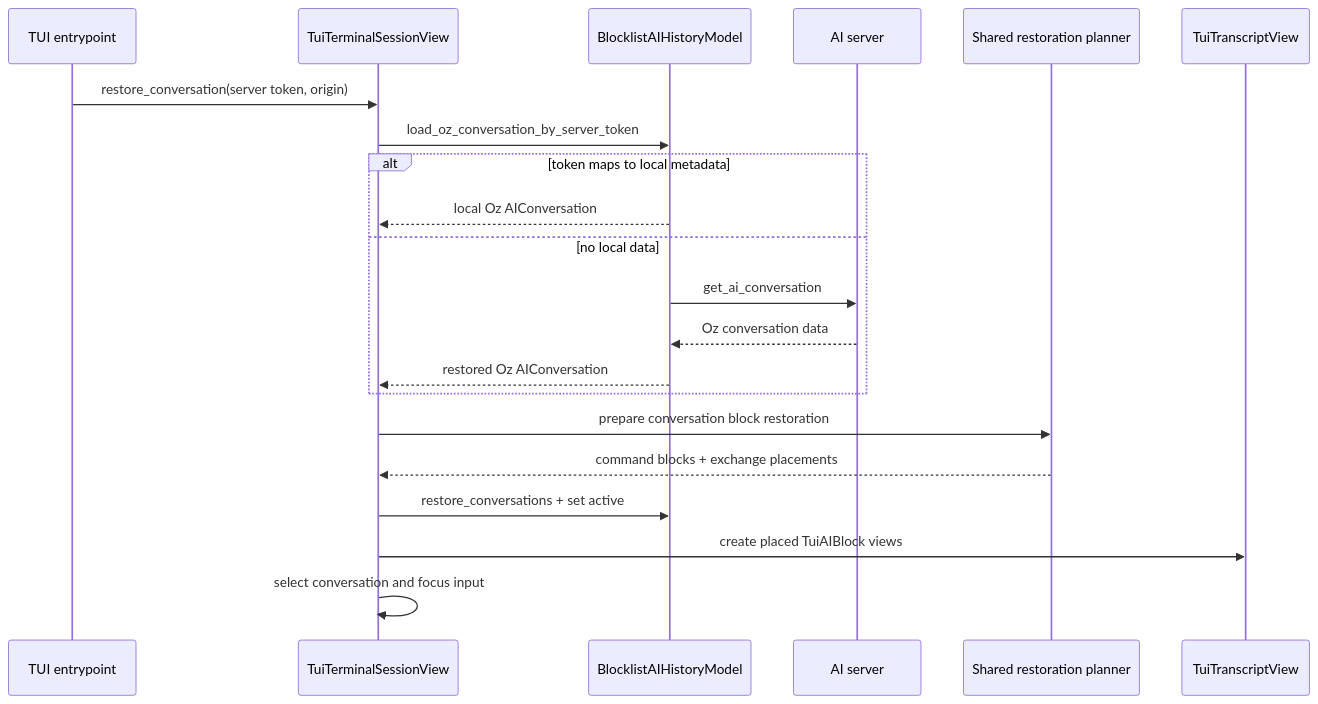
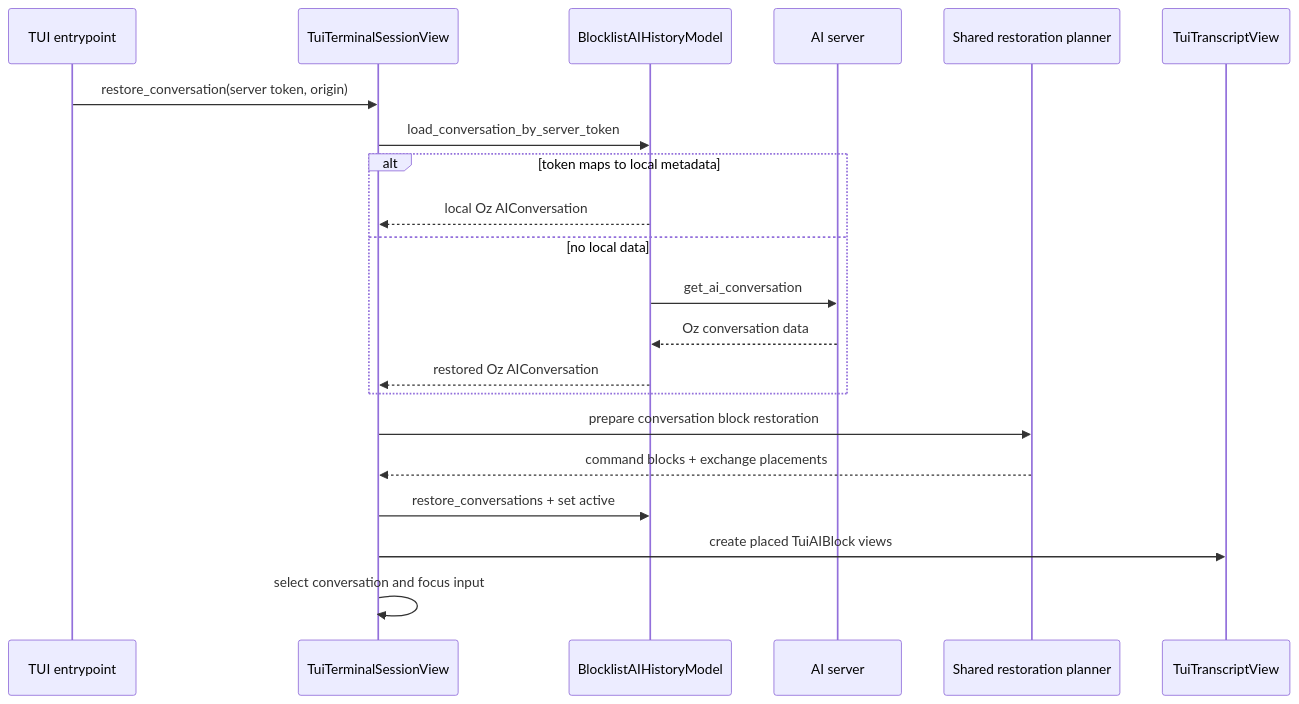
The diagram in specs/CODE-1820/TECH.md (warpdotdev/warp), drawn with Mermaid before and after one commit. The commit also changed other lines of this file and 6 other files, not shown here.

````diff
--- a/specs/CODE-1820/TECH.md
+++ b/specs/CODE-1820/TECH.md
@@ -26,24 +26,24 @@
 ```mermaid
 sequenceDiagram
   participant CLI as TUI entrypoint
   participant Surface as TuiTerminalSessionView
   participant History as BlocklistAIHistoryModel
   participant Server as AI server
   participant Plan as Shared restoration planner
   participant Transcript as TuiTranscriptView
 
   CLI->>Surface: restore_conversation(server token, origin)
-  Surface->>History: load_oz_conversation_by_server_token
+  Surface->>History: load_conversation_by_server_token
   alt token maps to local metadata
     History-->>Surface: local Oz AIConversation
   else no local data
     History->>Server: get_ai_conversation
     Server-->>History: Oz conversation data
     History-->>Surface: restored Oz AIConversation
   end
   Surface->>Plan: prepare conversation block restoration
   Plan-->>Surface: command blocks + exchange placements
   Surface->>History: restore_conversations + set active
   Surface->>Transcript: create placed TuiAIBlock views
   Surface->>Surface: select conversation and focus input
 ```
````
